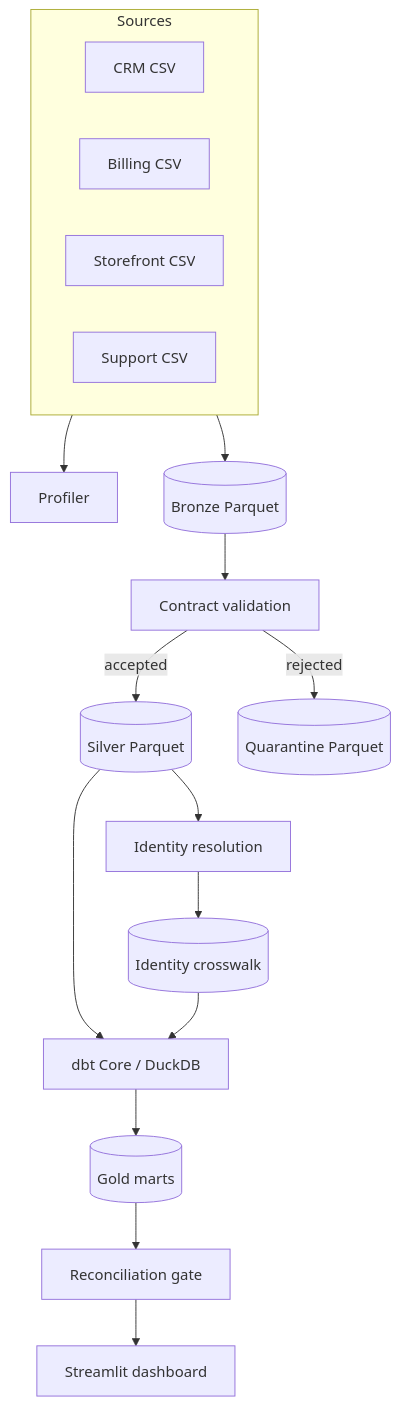
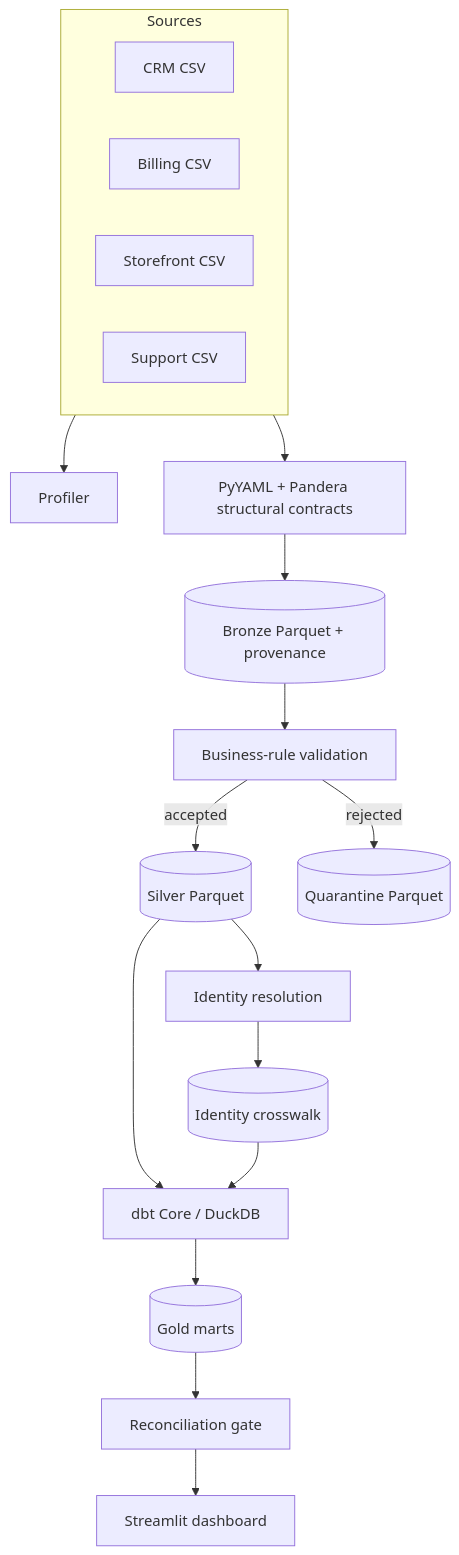
One commit to aneeshk-ds/fieldforge changed the diagram in docs/architecture.md. Above: the diagram before and after it, drawn with Mermaid. The commit also changed other lines of this file and 27 other files, not shown here.

````diff
--- a/docs/architecture.md
+++ b/docs/architecture.md
@@ -5,21 +5,22 @@
 ```mermaid
 flowchart TB
   subgraph Sources
     CRM[CRM CSV]
     BILL[Billing CSV]
     SHOP[Storefront CSV]
     SUP[Support CSV]
   end
   Sources --> PROF[Profiler]
-  Sources --> BR[(Bronze Parquet)]
-  BR --> CONTRACTS[Contract validation]
-  CONTRACTS -->|accepted| SIL[(Silver Parquet)]
-  CONTRACTS -->|rejected| Q[(Quarantine Parquet)]
+  Sources --> SC[PyYAML + Pandera structural contracts]
+  SC --> BR[(Bronze Parquet + provenance)]
+  BR --> RULES[Business-rule validation]
+  RULES -->|accepted| SIL[(Silver Parquet)]
+  RULES -->|rejected| Q[(Quarantine Parquet)]
   SIL --> ER[Identity resolution]
   ER --> XW[(Identity crosswalk)]
   SIL --> DBT[dbt Core / DuckDB]
   XW --> DBT
   DBT --> GOLD[(Gold marts)]
   GOLD --> REC[Reconciliation gate]
   REC --> DASH[Streamlit dashboard]
 ```
````
